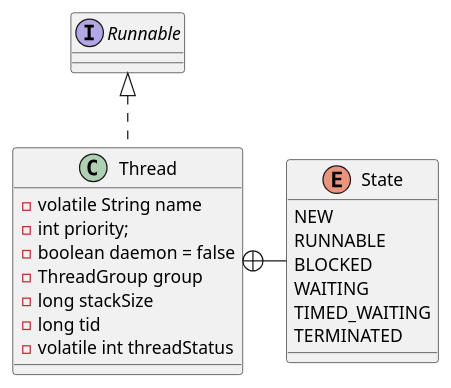
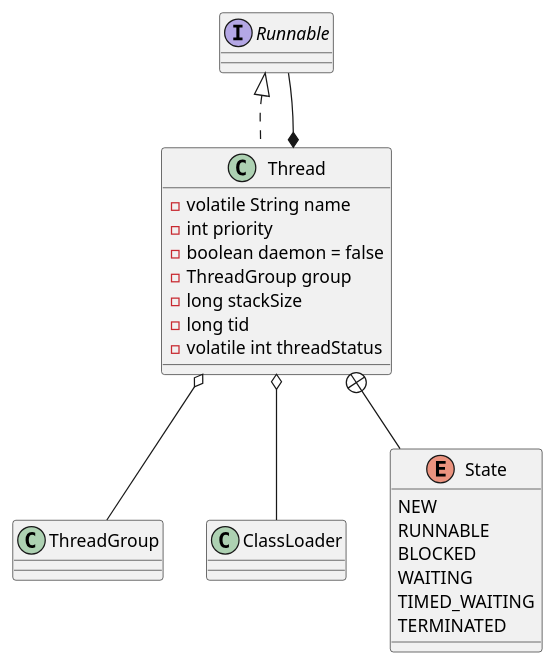
The diagram in 10-java/src/java/lang/Thread.md (onlyonion/development), drawn with PlantUML before and after one commit. The commit also changed other lines of this file and 33 other files, not shown here.

````diff
--- a/10-java/src/java/lang/Thread.md
+++ b/10-java/src/java/lang/Thread.md
@@ -5,29 +3,33 @@
 ```plantuml
 @startuml
 
+interface Runnable
+Runnable ^.. Thread
+
 class Thread {
     - volatile String name
-    - int priority;
+    - int priority
     - boolean daemon = false
     - ThreadGroup group
     - long stackSize
     - long tid
     - volatile int threadStatus
 }
 
-interface Runnable
-Runnable <|.. Thread
+Thread *-- Runnable
+Thread o-- ThreadGroup
+Thread o-- ClassLoader
 
 enum State {
     NEW
     RUNNABLE
     BLOCKED
     WAITING
     TIMED_WAITING
     TERMINATED
 }
-Thread +- State
+Thread +-- State
     
 
 @enduml
 ```
````
